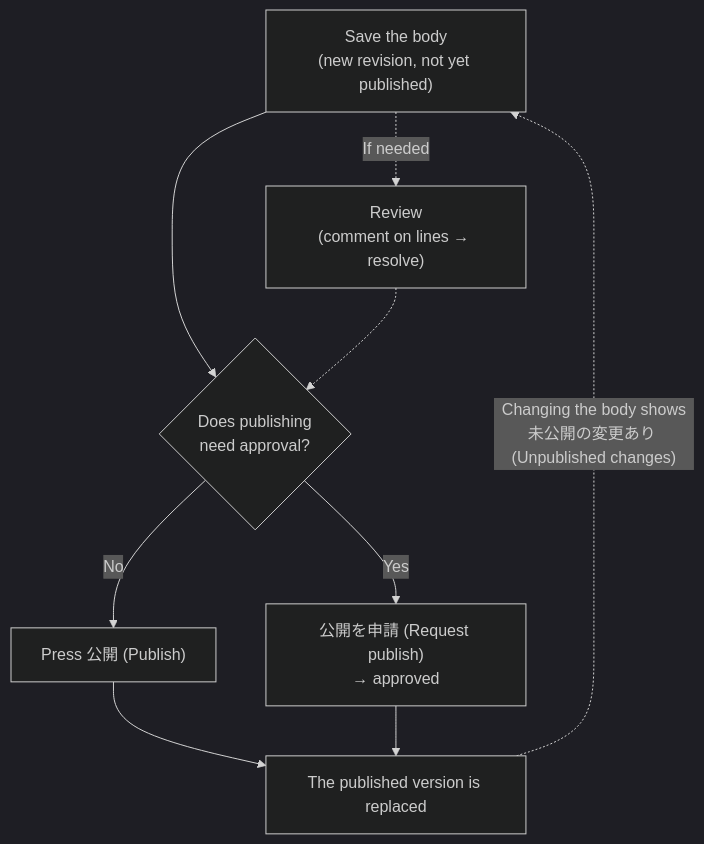
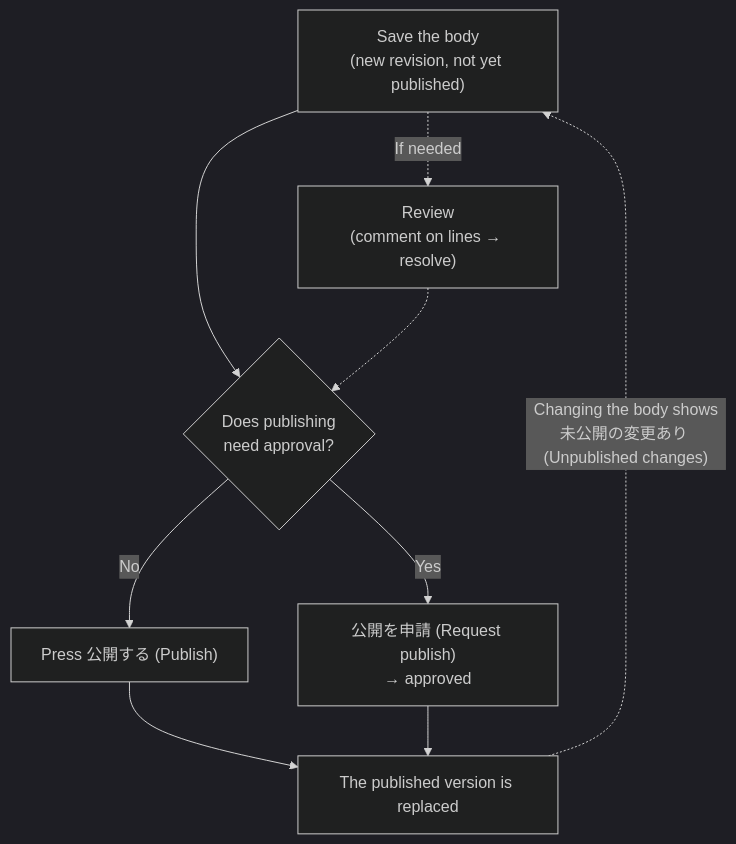
One commit to Kuisin/ckk-tool-v3 changed the diagram in coolify/apps/nextjs-web/content/manual/operations/general/internal-pages/user.en.md. Above: the diagram before and after it, drawn with Mermaid (dark theme). The commit also changed other lines of this file and 29 other files, not shown here.

````diff
--- a/coolify/apps/nextjs-web/content/manual/operations/general/internal-pages/user.en.md
+++ b/coolify/apps/nextjs-web/content/manual/operations/general/internal-pages/user.en.md
@@ -75,11 +90,11 @@
 ```mermaid
 flowchart TD
   save["Save the body<br/>(new revision, not yet published)"] -.->|"If needed"| rev["Review<br/>(comment on lines → resolve)"]
   save --> q{"Does publishing<br/>need approval?"}
   rev -.-> q
-  q -->|"No"| pub["Press 公開 (Publish)"]
+  q -->|"No"| pub["Press 公開する (Publish)"]
   q -->|"Yes"| req["公開を申請 (Request publish)<br/>→ approved"]
   pub --> live["The published version is replaced"]
   req --> live
   live -.->|"Changing the body shows<br/>未公開の変更あり (Unpublished changes)"| save
 ```
````
